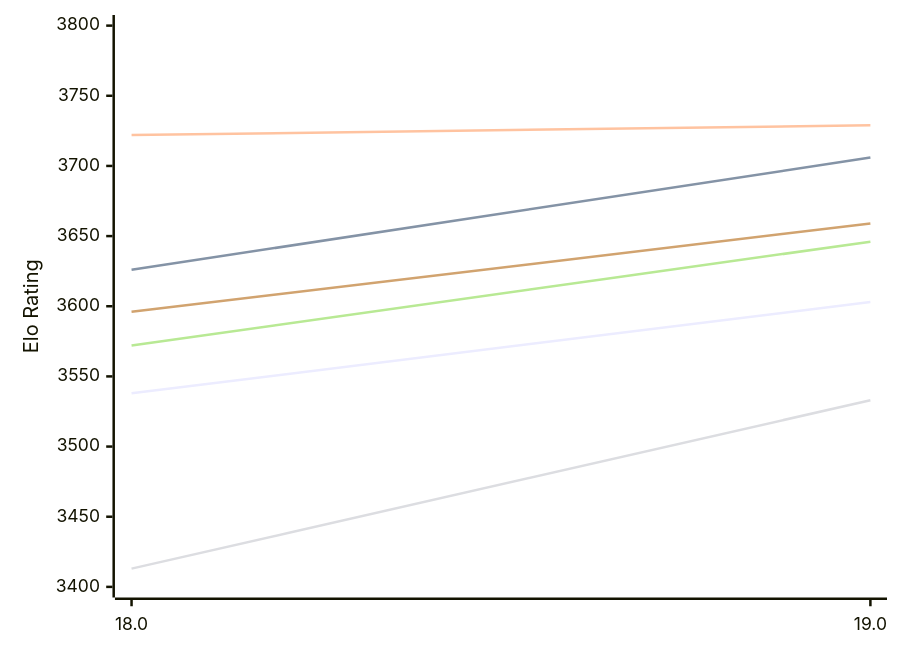
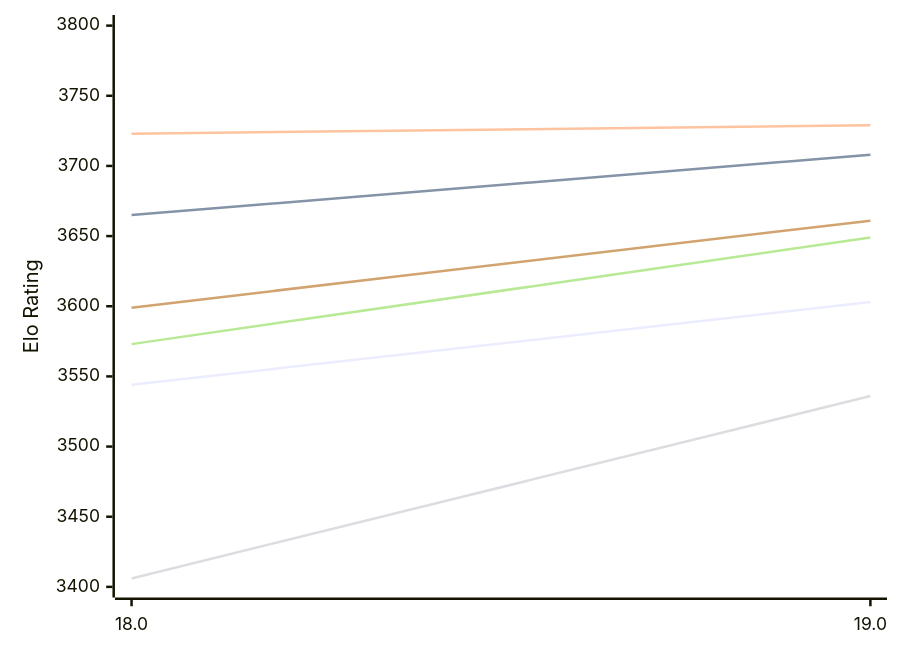
One commit to computer-chess-index/cci changed the first of 2 diagrams in engines/Stockfish.md. Above: the diagram before and after it, drawn with Mermaid. The commit also changed other lines of this file, not shown here.

Commit message:
Update CCI Ratings (ELO VLTC) - 2026-11-17

````diff
--- a/engines/Stockfish.md
+++ b/engines/Stockfish.md
@@ -64,12 +64,12 @@
 ```mermaid
 %%{init: {"theme":"base","themeVariables":{"seriesColors:['#a3a3a3','#222221','#faa371']}}}%%
 xychart-beta
   x-axis ["18.0", "19.0"]
   y-axis "Elo Rating" 3400 --> 3800
-  line "E1: STC (8.0+0.08s)" [3538, 3603]
-  line "E1: LTC (60.0+0.60s)" [3626, 3706]
-  line "E1: VLTC (2m24s+1.12s)" [3722, 3729]
-  line "P1: STC (8.0+0.08s)" [3413, 3533]
-  line "P1: LTC (60.0+0.60s)" [3572, 3646]
-  line "P1: VLTC (2m24s+1.12s)" [3596, 3659]
+  line "E1: STC (8.0+0.08s)" [3544, 3603]
+  line "E1: LTC (60.0+0.60s)" [3665, 3708]
+  line "E1: VLTC (2m24s+1.12s)" [3723, 3729]
+  line "P1: STC (8.0+0.08s)" [3406, 3536]
+  line "P1: LTC (60.0+0.60s)" [3573, 3649]
+  line "P1: VLTC (2m24s+1.12s)" [3599, 3661]
 ```
````
